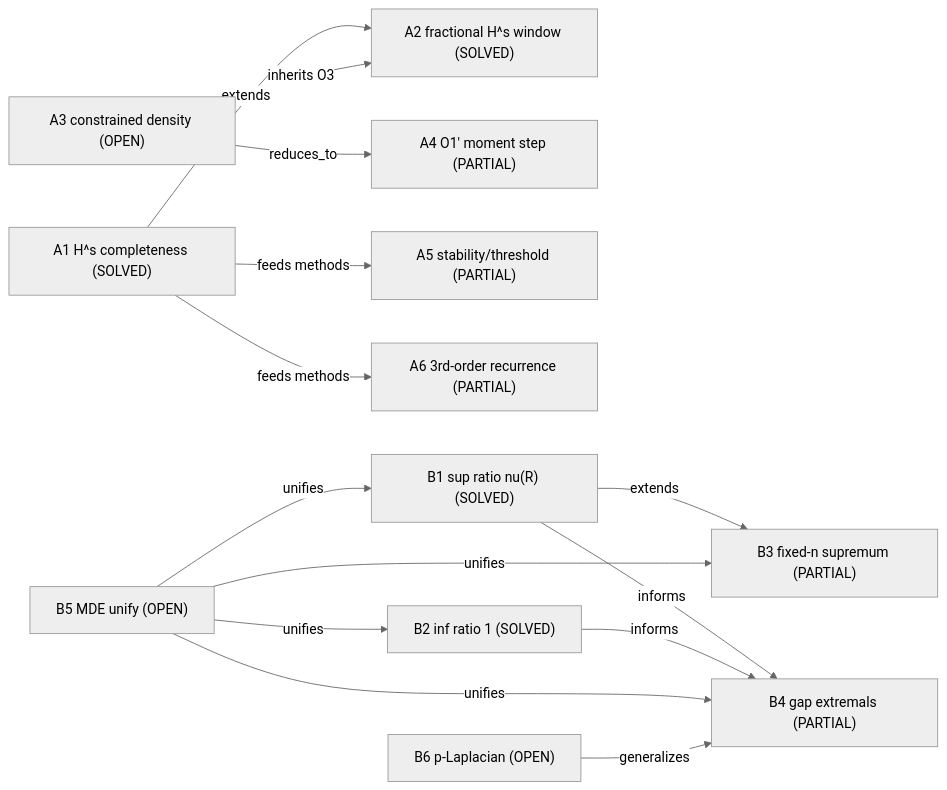
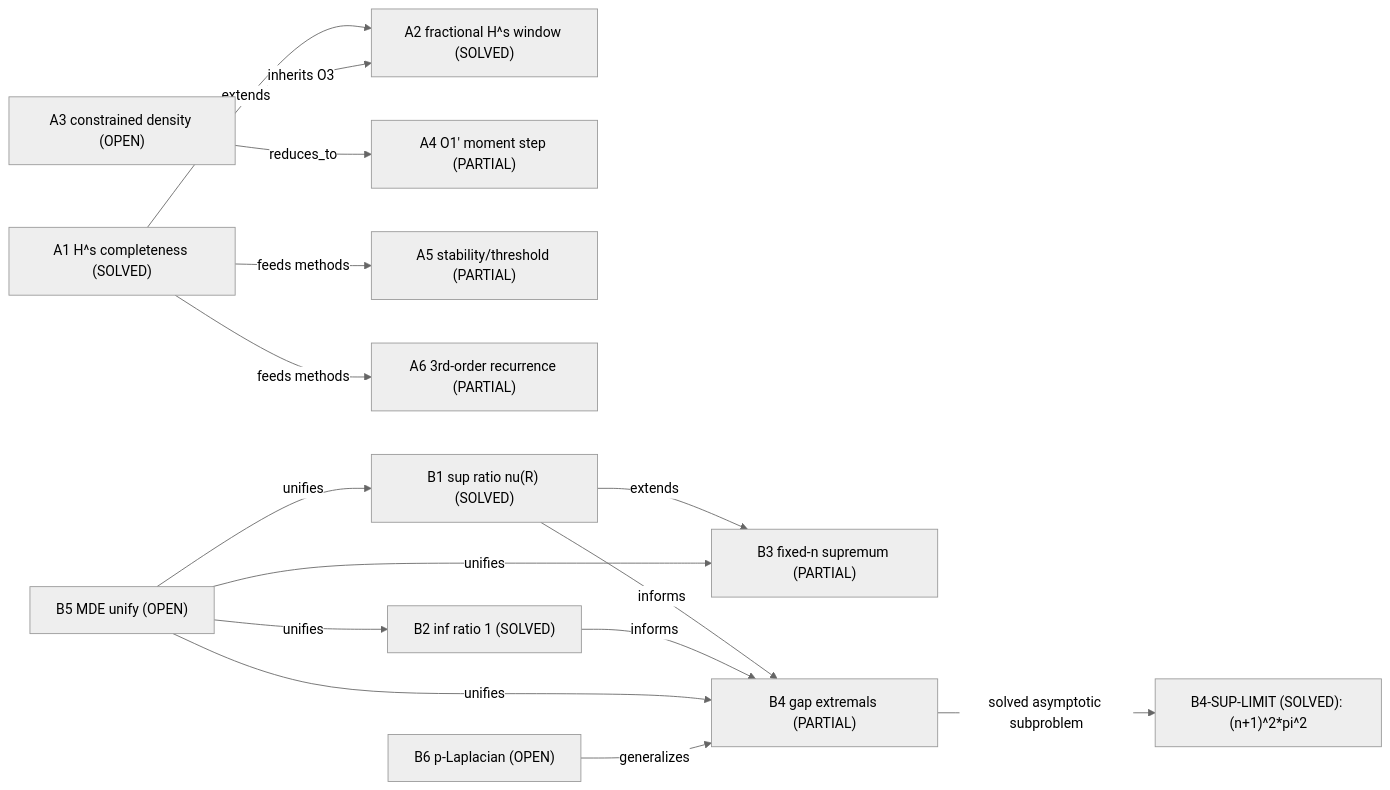
One commit to Zhongshan-Big-Jun/Sturm-Liouville-theory-research changed the diagram in research_map.md. Above: the diagram before and after it, drawn with Mermaid (neutral theme). The commit also changed other lines of this file and 1920 other files, not shown here.

````diff
--- a/research_map.md
+++ b/research_map.md
@@ -86,29 +88,31 @@
 ```mermaid
 flowchart LR
   A1["A1 H^s completeness (SOLVED)"]
   A2["A2 fractional H^s window (SOLVED)"]
   A3["A3 constrained density (OPEN)"]
   A4["A4 O1' moment step (PARTIAL)"]
   A5["A5 stability/threshold (PARTIAL)"]
   A6["A6 3rd-order recurrence (PARTIAL)"]
   B1["B1 sup ratio nu(R) (SOLVED)"]
   B2["B2 inf ratio 1 (SOLVED)"]
   B3["B3 fixed-n supremum (PARTIAL)"]
   B4["B4 gap extremals (PARTIAL)"]
+  B4L["B4-SUP-LIMIT (SOLVED): (n+1)^2*pi^2"]
   B5["B5 MDE unify (OPEN)"]
   B6["B6 p-Laplacian (OPEN)"]
 
   A1 -->|extends| A2
   A1 -->|feeds methods| A5
   A1 -->|feeds methods| A6
   A3 -->|reduces_to| A4
   A3 -->|inherits O3| A2
   B1 -->|extends| B3
   B1 -->|informs| B4
   B2 -->|informs| B4
+  B4 -->|solved asymptotic subproblem| B4L
   B5 -->|unifies| B1
   B5 -->|unifies| B2
   B5 -->|unifies| B3
   B5 -->|unifies| B4
   B6 -->|generalizes| B4
 ```
````
